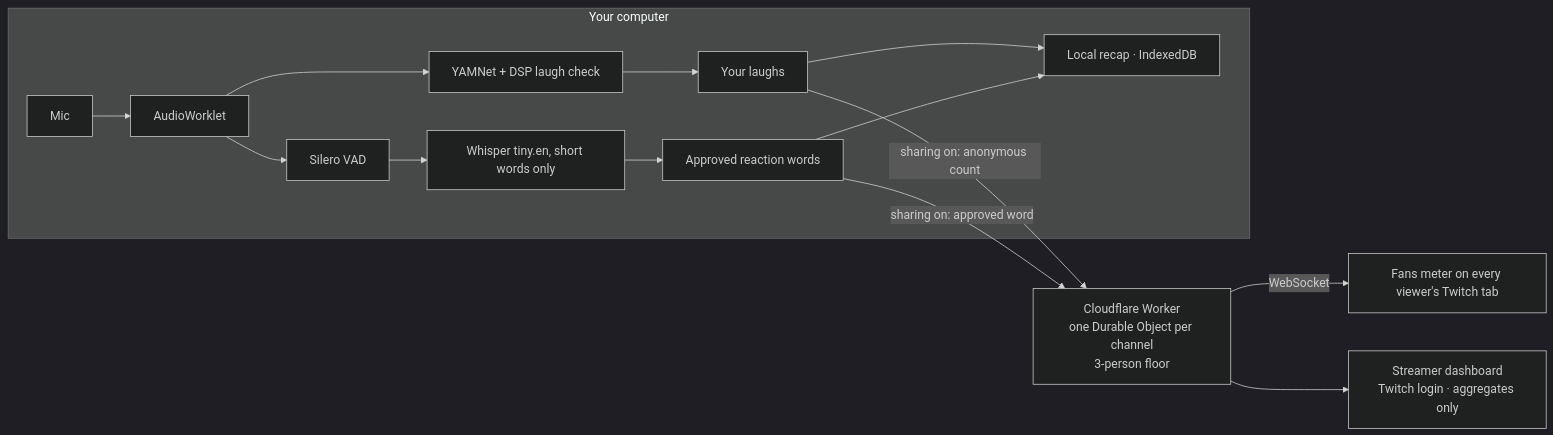
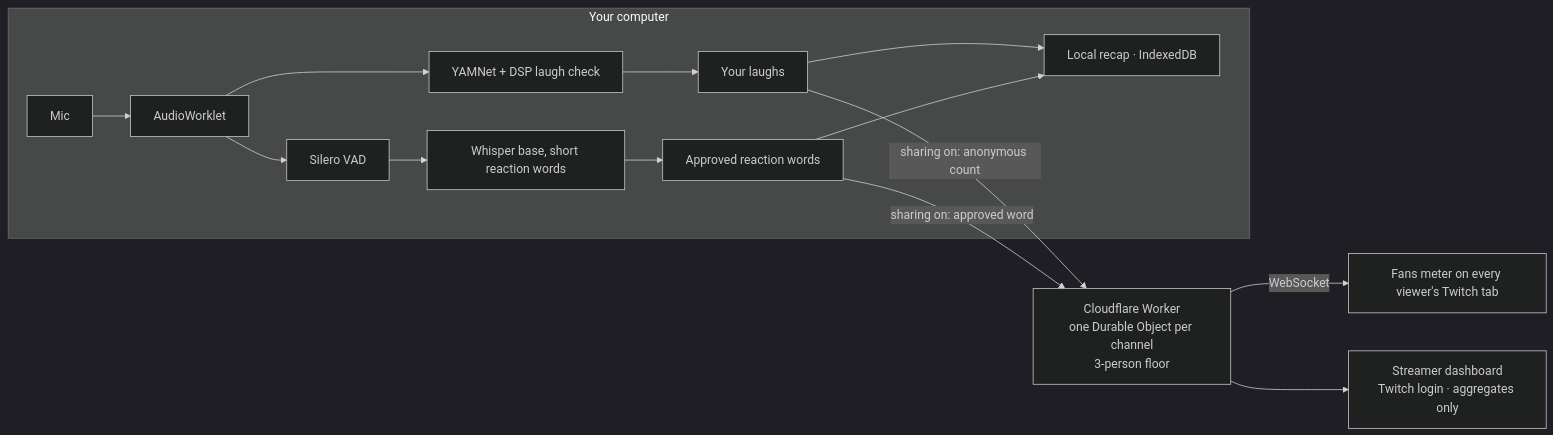
Before and after one commit to uzerkayat2004-gif/streamlaughs: the diagram in README.md, drawn with Mermaid (dark theme). The commit also changed other lines of this file, not shown here.

Commit message:
docs(readme): latest build v0.10.4, Whisper base

````diff
--- a/README.md
+++ b/README.md
@@ -128,17 +134,17 @@
 ```mermaid
 flowchart LR
   subgraph PC["Your computer"]
     M[Mic] --> W[AudioWorklet]
     W --> V[Silero VAD]
     W --> Y[YAMNet + DSP laugh check]
-    V --> S[Whisper tiny.en, short words only]
+    V --> S[Whisper base, short reaction words]
     Y --> L[Your laughs]
     S --> A[Approved reaction words]
     L --> R[Local recap · IndexedDB]
     A --> R
   end
   L -- "sharing on: anonymous count" --> C
   A -- "sharing on: approved word" --> C
   C[Cloudflare Worker<br/>one Durable Object per channel<br/>3-person floor] -- WebSocket --> F[Fans meter on every viewer's Twitch tab]
   C --> D[Streamer dashboard<br/>Twitch login · aggregates only]
 ```
````
